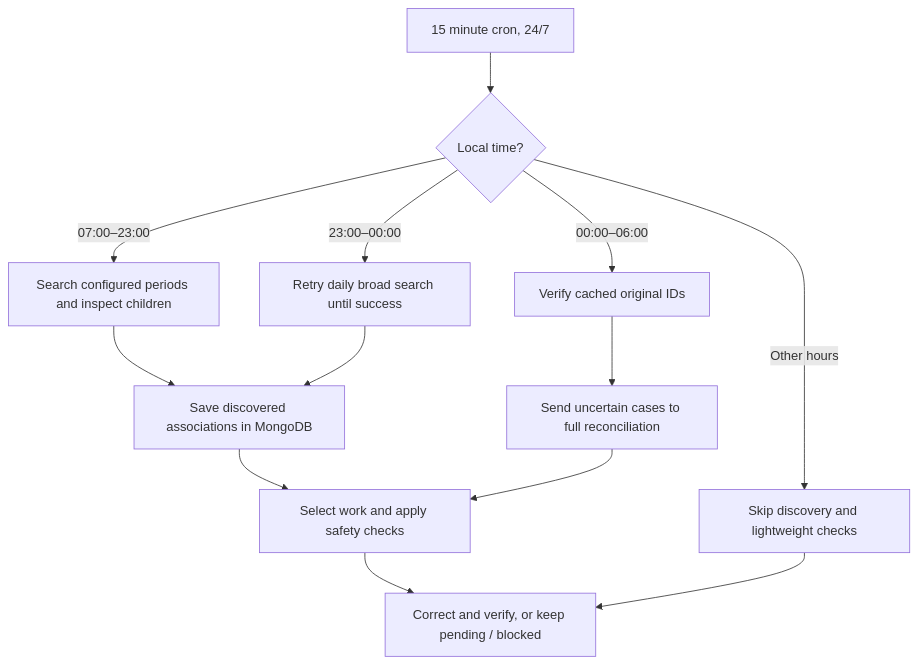
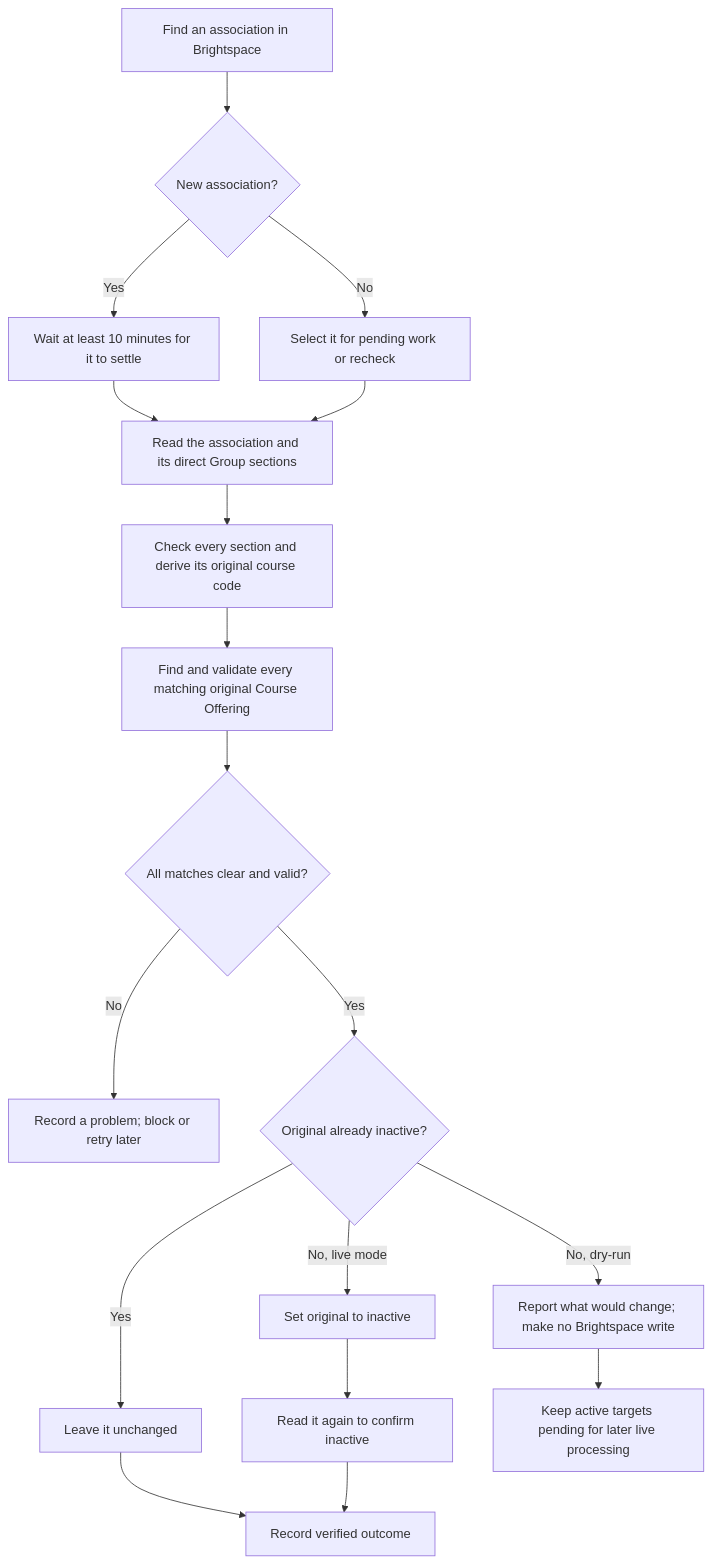
One commit to lmssandbox-dev/section-association-fix changed the second of 4 diagrams in BEGINNERS_GUIDE.md. Above: the diagram before and after it, drawn with Mermaid. The commit also changed other lines of this file, not shown here.

````diff
--- a/BEGINNERS_GUIDE.md
+++ b/BEGINNERS_GUIDE.md
@@ -69,15 +44,20 @@
 ```mermaid
 flowchart TD
-  A[15 minute cron, 24/7] --> B{Local time?}
-  B -- 07:00–23:00 --> C[Search configured periods and inspect children]
-  B -- 23:00–00:00 --> D[Retry daily broad search until success]
-  B -- 00:00–06:00 --> E[Verify cached original IDs]
-  B -- Other hours --> F[Skip discovery and lightweight checks]
-  C --> G[Save discovered associations in MongoDB]
-  D --> G
-  E --> H[Send uncertain cases to full reconciliation]
-  G --> I[Select work and apply safety checks]
-  H --> I
-  I --> J[Correct and verify, or keep pending / blocked]
-  F --> J
+  A[Find an association in Brightspace] --> B{New association?}
+  B -- Yes --> C[Wait at least 10 minutes for it to settle]
+  B -- No --> D[Select it for pending work or recheck]
+  C --> E[Read the association and its direct Group sections]
+  D --> E
+  E --> F[Check every section and derive its original course code]
+  F --> G[Find and validate every matching original Course Offering]
+  G --> H{All matches clear and valid?}
+  H -- No --> I[Record a problem; block or retry later]
+  H -- Yes --> J{Original already inactive?}
+  J -- Yes --> K[Leave it unchanged]
+  J -- No, dry-run --> L[Report what would change; make no Brightspace write]
+  J -- No, live mode --> M[Set original to inactive]
+  M --> N[Read it again to confirm inactive]
+  K --> O[Record verified outcome]
+  L --> P[Keep active targets pending for later live processing]
+  N --> O
 ```
````
